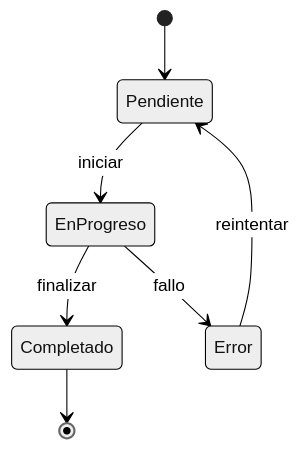
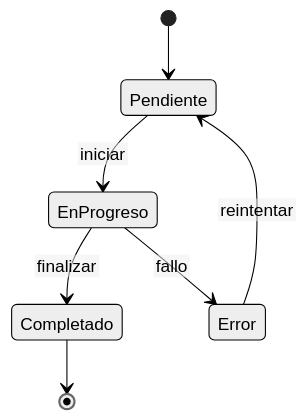
Before and after one commit to elloza/teachbook_sciences_template: the diagram in diagram_sources/es/05_contenidos_basicos_mermaid_05.mermaid, drawn with Mermaid (neutral theme). The commit also changed 112 other files, not shown here.

Commit message:
fix: stabilize PDF diagram rendering

```diff
--- a/diagram_sources/es/05_contenidos_basicos_mermaid_05.mermaid
+++ b/diagram_sources/es/05_contenidos_basicos_mermaid_05.mermaid
@@ -1,7 +1,8 @@
+%%{init: {"htmlLabels": false, "flowchart": {"htmlLabels": false}}}%%
 stateDiagram-v2
     [*] --> Pendiente
     Pendiente --> EnProgreso : iniciar
     EnProgreso --> Completado : finalizar
     EnProgreso --> Error : fallo
     Error --> Pendiente : reintentar
     Completado --> [*]
```
